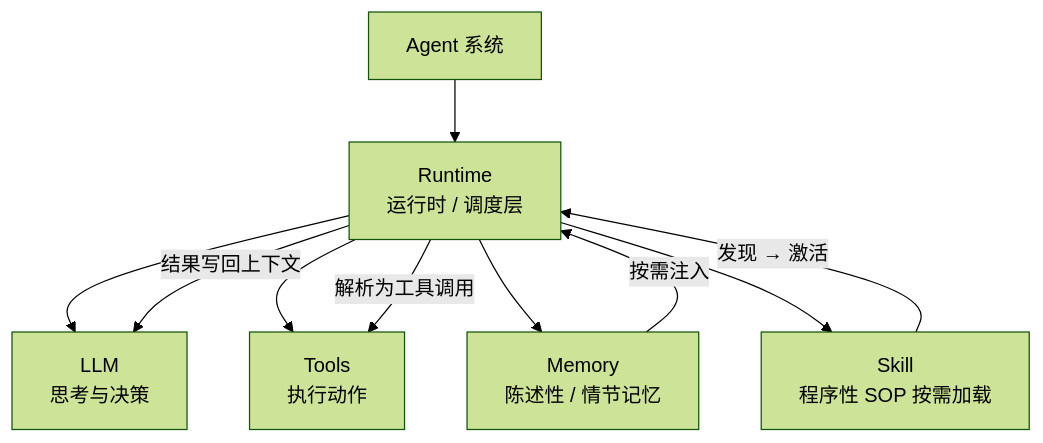
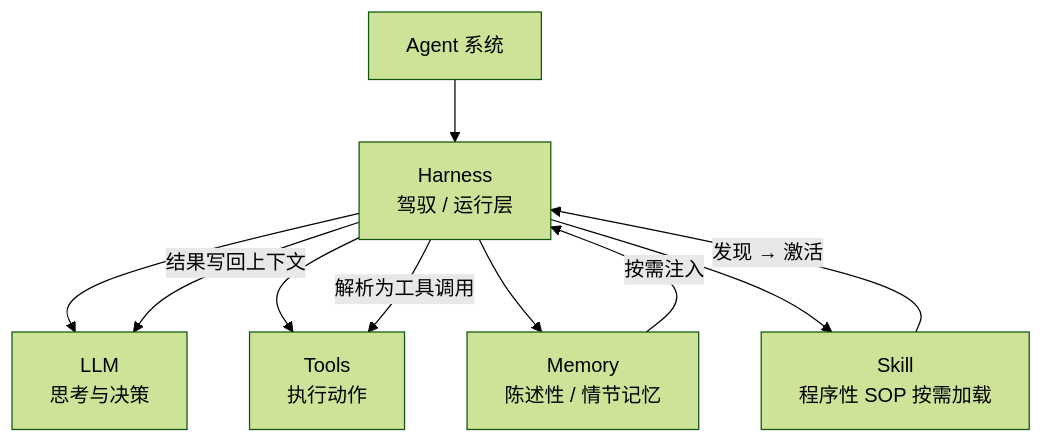
The first of 2 diagrams in docs/agent/core/agent.md (wolf-wolf/ai-tell-ai), drawn with Mermaid (forest theme) before and after one commit. The commit also changed other lines of this file and 97 other files, not shown here.

````diff
--- a/docs/agent/core/agent.md
+++ b/docs/agent/core/agent.md
@@ -69,12 +83,12 @@
 ```mermaid
 flowchart TD
-    Agent["Agent 系统"] --> Runtime["Runtime<br/>运行时 / 调度层"]
-    Runtime --> LLM["LLM<br/>思考与决策"]
-    Runtime --> Tools["Tools<br/>执行动作"]
-    Runtime --> Memory["Memory<br/>陈述性 / 情节记忆"]
-    Runtime --> Skill["Skill<br/>程序性 SOP 按需加载"]
-    Runtime -->|解析为工具调用| Tools
-    Runtime -->|结果写回上下文| LLM
-    Memory -->|按需注入| Runtime
-    Skill -->|发现 → 激活| Runtime
+    Agent["Agent 系统"] --> Harness["Harness<br/>驾驭 / 运行层"]
+    Harness --> LLM["LLM<br/>思考与决策"]
+    Harness --> Tools["Tools<br/>执行动作"]
+    Harness --> Memory["Memory<br/>陈述性 / 情节记忆"]
+    Harness --> Skill["Skill<br/>程序性 SOP 按需加载"]
+    Harness -->|解析为工具调用| Tools
+    Harness -->|结果写回上下文| LLM
+    Memory -->|按需注入| Harness
+    Skill -->|发现 → 激活| Harness
 ```
````
